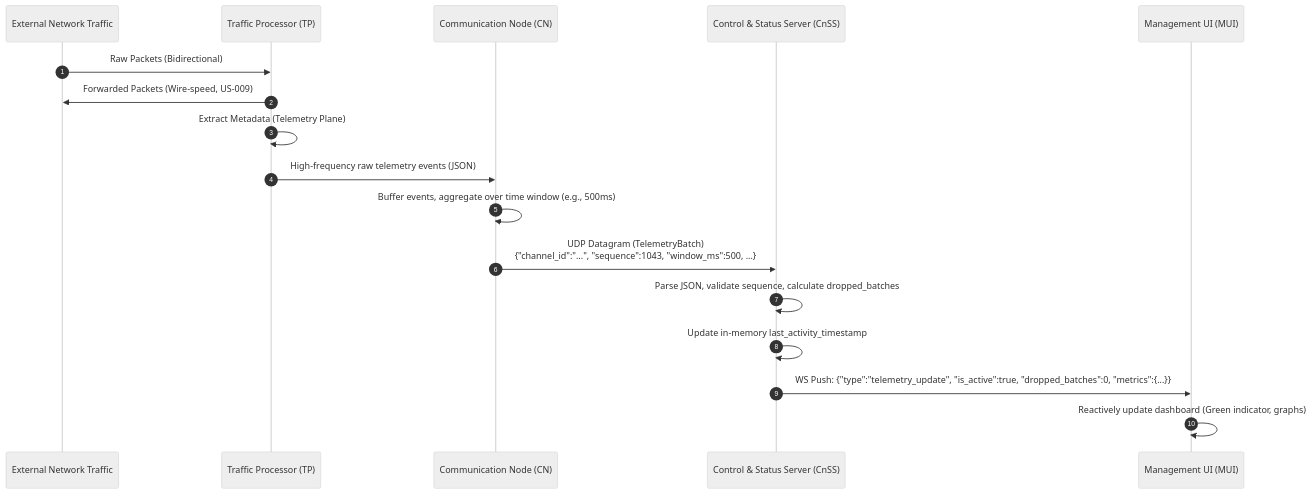
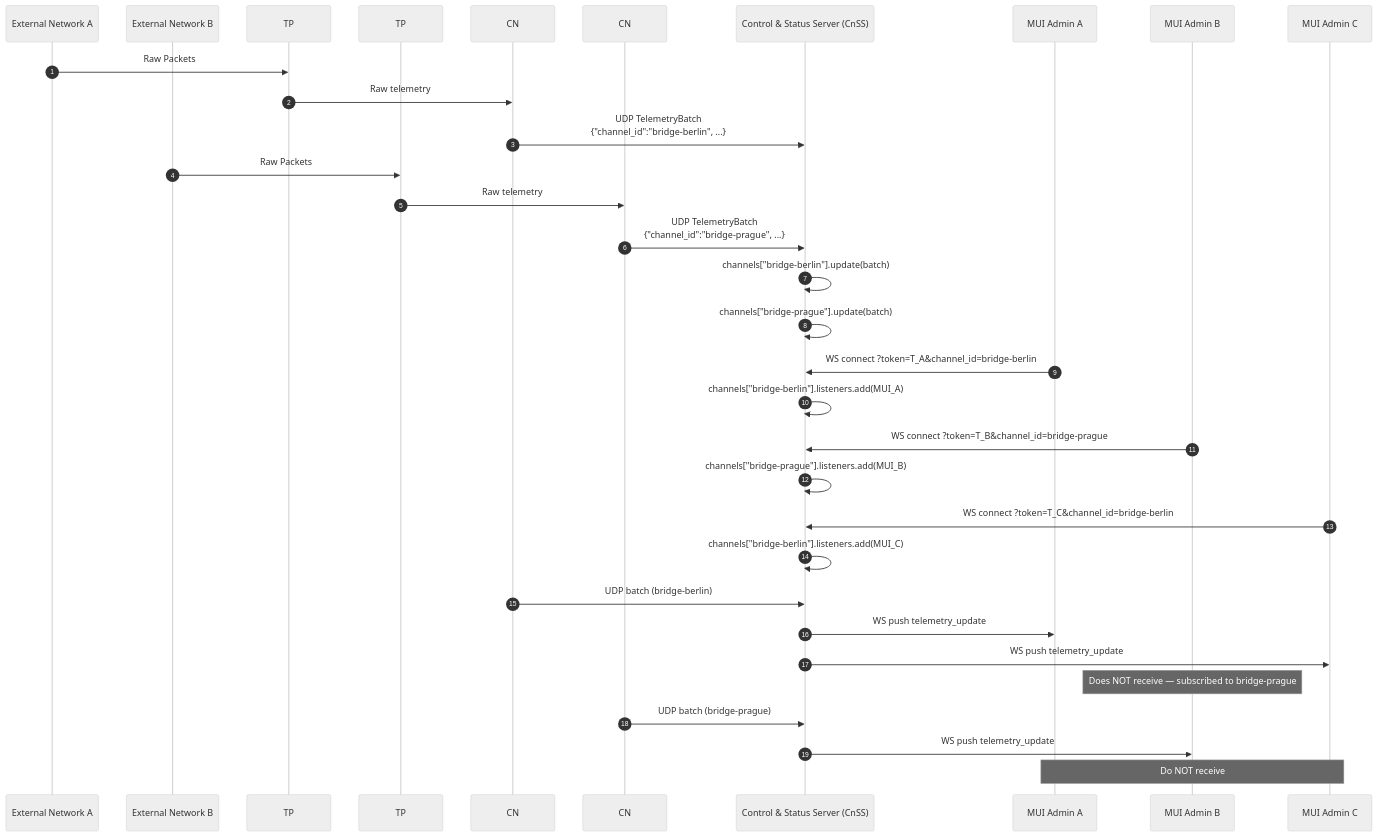
One commit to SWP-47/traffic-processing-platform changed the second of 4 diagrams in docs/system-documentation.md. Above: the diagram before and after it, drawn with Mermaid (neutral theme). The commit also changed other lines of this file, not shown here.

````diff
--- a/docs/system-documentation.md
+++ b/docs/system-documentation.md
@@ -44,24 +102,43 @@
 ```mermaid
 sequenceDiagram
     autonumber
-    participant Network as External Network Traffic
-    participant TP as Traffic Processor (TP)
-    participant CN as Communication Node (CN)
+    participant NetA as External Network A
+    participant NetB as External Network B
+    participant TP1 as TP #1 (bridge-berlin)
+    participant TP2 as TP #2 (bridge-prague)
+    participant CN1 as CN #1 (channel: bridge-berlin)
+    participant CN2 as CN #2 (channel: bridge-prague)
     participant CnSS as Control & Status Server (CnSS)
-    participant MUI as Management UI (MUI)
+    participant MUI_A as MUI Admin A
+    participant MUI_B as MUI Admin B
+    participant MUI_C as MUI Admin C
 
-    Network->>TP: Raw Packets (Bidirectional)
-    TP->>Network: Forwarded Packets (Wire-speed, US-009)
-    
-    TP->>TP: Extract Metadata (Telemetry Plane)
-    TP->>CN: High-frequency raw telemetry events (JSON)
-    
-    CN->>CN: Buffer events, aggregate over time window (e.g., 500ms)
-    CN->>CnSS: UDP Datagram (TelemetryBatch)<br/>{"channel_id":"...", "sequence":1043, "window_ms":500, ...}
-    
-    CnSS->>CnSS: Parse JSON, validate sequence, calculate dropped_batches
-    CnSS->>CnSS: Update in-memory last_activity_timestamp
-    
-    CnSS->>MUI: WS Push: {"type":"telemetry_update", "is_active":true, "dropped_batches":0, "metrics":{...}}
-    MUI->>MUI: Reactively update dashboard (Green indicator, graphs)
+    NetA->>TP1: Raw Packets
+    TP1->>CN1: Raw telemetry
+    CN1->>CnSS: UDP TelemetryBatch<br/>{"channel_id":"bridge-berlin", ...}
+
+    NetB->>TP2: Raw Packets
+    TP2->>CN2: Raw telemetry
+    CN2->>CnSS: UDP TelemetryBatch<br/>{"channel_id":"bridge-prague", ...}
+
+    CnSS->>CnSS: channels["bridge-berlin"].update(batch)
+    CnSS->>CnSS: channels["bridge-prague"].update(batch)
+
+    MUI_A->>CnSS: WS connect ?token=T_A&channel_id=bridge-berlin
+    CnSS->>CnSS: channels["bridge-berlin"].listeners.add(MUI_A)
+
+    MUI_B->>CnSS: WS connect ?token=T_B&channel_id=bridge-prague
+    CnSS->>CnSS: channels["bridge-prague"].listeners.add(MUI_B)
+
+    MUI_C->>CnSS: WS connect ?token=T_C&channel_id=bridge-berlin
+    CnSS->>CnSS: channels["bridge-berlin"].listeners.add(MUI_C)
+
+    CN1->>CnSS: UDP batch (bridge-berlin)
+    CnSS->>MUI_A: WS push telemetry_update
+    CnSS->>MUI_C: WS push telemetry_update
+    Note over MUI_B: Does NOT receive — subscribed to bridge-prague
+
+    CN2->>CnSS: UDP batch (bridge-prague)
+    CnSS->>MUI_B: WS push telemetry_update
+    Note over MUI_A,MUI_C: Do NOT receive
 ```
````
